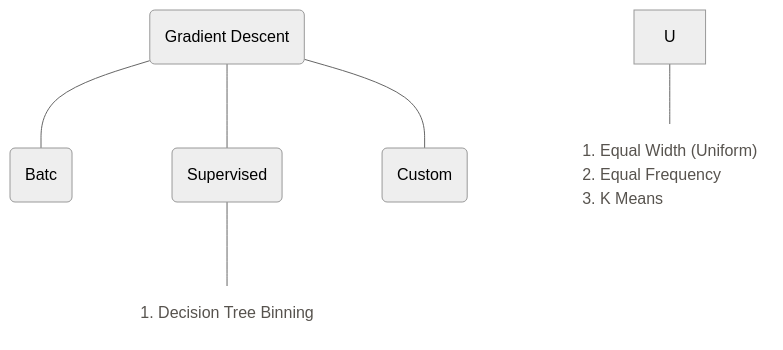
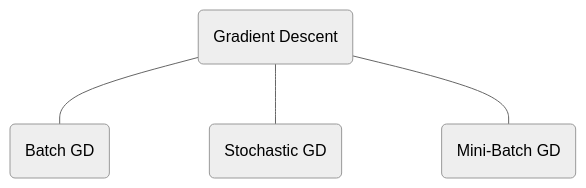
Before and after one commit to VanshDeshwal/notes: the sixth of 6 diagrams in Data Science Notes/100 days of ML/Machine Learning Notes.md, drawn with Mermaid.

Commit message:
vault backup: 2025-07-07 17:33:33

````diff
--- a/Data Science Notes/100 days of ML/Machine Learning Notes.md
+++ b/Data Science Notes/100 days of ML/Machine Learning Notes.md
@@ -1117,15 +1117,8 @@
 ```mermaid
 %%{init: {'theme':'neutral', 'flowchart': {'nodeSpacing': 100, 'rankSpacing': 60}}}%%
 graph TB
 
-G(Gradient Descent) --- B(Batc)
-G(Gradient Descent) --- S(Supervised)
-G(Gradient Descent) --- M(Custom)
-
-U --- T("<div style='text-align:left'>1. Equal Width (Uniform)<br/>2. Equal Frequency<br/>3. K Means </div>")
-
-S --- P("<div style='text-align:left'>1. Decision Tree Binning </div>")
-
-class T,P noBox
-classDef noBox fill:none,stroke:none,color:#57534e,font-family:inherit;
+G(Gradient Descent) --- B(Batch GD)
+G(Gradient Descent) --- S(Stochastic GD)
+G(Gradient Descent) --- M(Mini-Batch GD)
 ```
````
